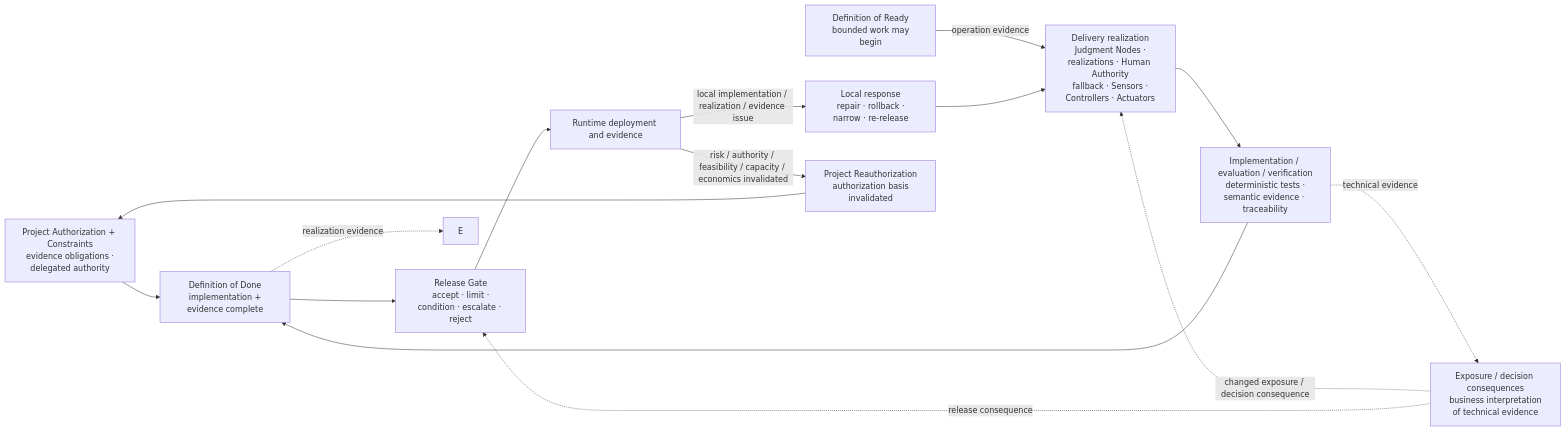
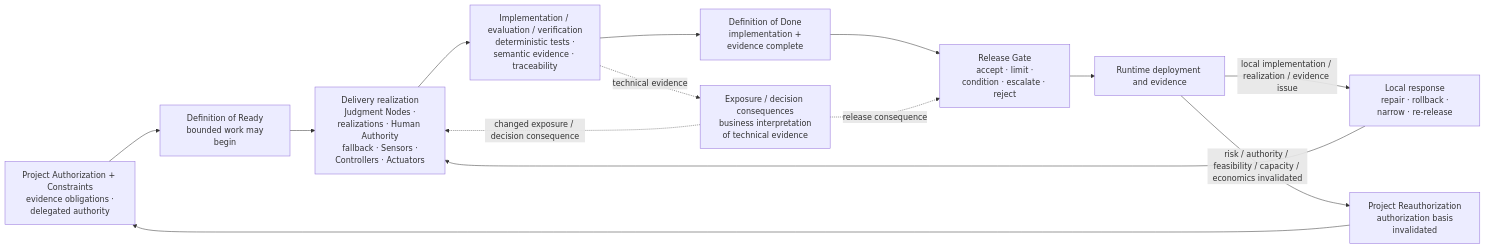
Before and after one commit to UncertaintyArchitectureGroup/uncertainty-architecture: diagram 12 of 15 in content/research/notes/open-engineering-specification-article-draft.md, drawn with Mermaid. The commit also changed other lines of this file, not shown here.

````diff
--- a/content/research/notes/open-engineering-specification-article-draft.md
+++ b/content/research/notes/open-engineering-specification-article-draft.md
@@ -712,21 +716,20 @@
 ```mermaid
 flowchart LR
     P["Project Authorization + Constraints<br/> evidence obligations · delegated authority"]
     R["Definition of Ready<br/> bounded work may begin"]
     ENG["Delivery realization<br/> Judgment Nodes · realizations · Human Authority<br/> fallback · Sensors · Controllers · Actuators"]
     VER["Implementation / evaluation / verification<br/> deterministic tests · semantic evidence · traceability"]
     BIZ["Exposure / decision consequences<br/> business interpretation of technical evidence"]
     D["Definition of Done<br/> implementation + evidence complete"]
     G["Release Gate<br/> accept · limit · condition · escalate · reject"]
     RUN["Runtime deployment and evidence"]
     LOCAL["Local response<br/> repair · rollback · narrow · re-release"]
     REAUTH["Project Reauthorization<br/> authorization basis invalidated"]
 
-    P --> D -.->|realization evidence| E
-    R -->|operation evidence| ENG --> VER --> D --> G --> RUN
+    P --> R --> ENG --> VER --> D --> G --> RUN
     VER -.->|technical evidence| BIZ
     BIZ -.->|changed exposure / decision consequence| ENG
     BIZ -.->|release consequence| G
     RUN -->|local implementation / realization / evidence issue| LOCAL --> ENG
     RUN -->|risk / authority / feasibility / capacity / economics invalidated| REAUTH --> P
 ```
````
